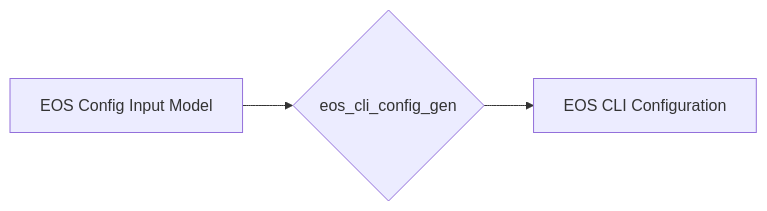
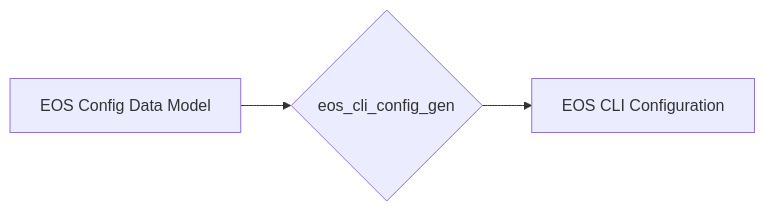
The first of 8 diagrams in docs/getting-started/avd-usage-patterns.md (aristanetworks/avd), drawn with Mermaid before and after one commit. The commit also changed other lines of this file, not shown here.

Commit message:
move from input model to data model

````diff
--- a/docs/getting-started/avd-usage-patterns.md
+++ b/docs/getting-started/avd-usage-patterns.md
@@ -26,5 +26,5 @@
 ```mermaid
 graph LR
-    A[EOS Config Input Model] --> B{eos_cli_config_gen}
+    A[EOS Config Data Model] --> B{eos_cli_config_gen}
     B --> C[EOS CLI Configuration]
 ```
````
